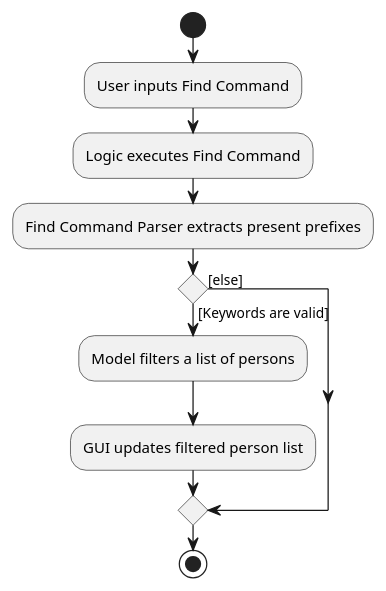
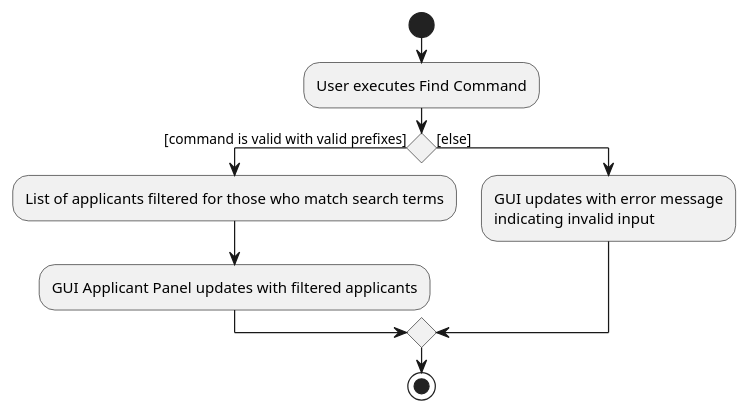
One commit to nus-cs2103-AY2122S1/tp changed the diagram in docs/diagrams/FindCommandActivityDiagram.puml. Above: the diagram before and after it, drawn with PlantUML.

Commit message:
Change find command activity diagram to be consistent

```diff
--- a/docs/diagrams/FindCommandActivityDiagram.puml
+++ b/docs/diagrams/FindCommandActivityDiagram.puml
@@ -1,16 +1,16 @@
 @startuml
 start
-:User inputs Find Command;
-:Logic executes Find Command;
-:Find Command Parser extracts present prefixes;
+:User executes Find Command;
 'Since the beta syntax does not support placing the condition outside the
 'diamond we place it as the true branch instead.
 
-if () then ([Keywords are valid])
+if () then ([command is valid with valid prefixes])
 
-    :Model filters a list of persons;
-    :GUI updates filtered person list;
+    :List of applicants filtered for those who match search terms;
+    :GUI Applicant Panel updates with filtered applicants;
 else ([else])
+:GUI updates with error message
+indicating invalid input;
 endif
 stop
 @enduml
```
